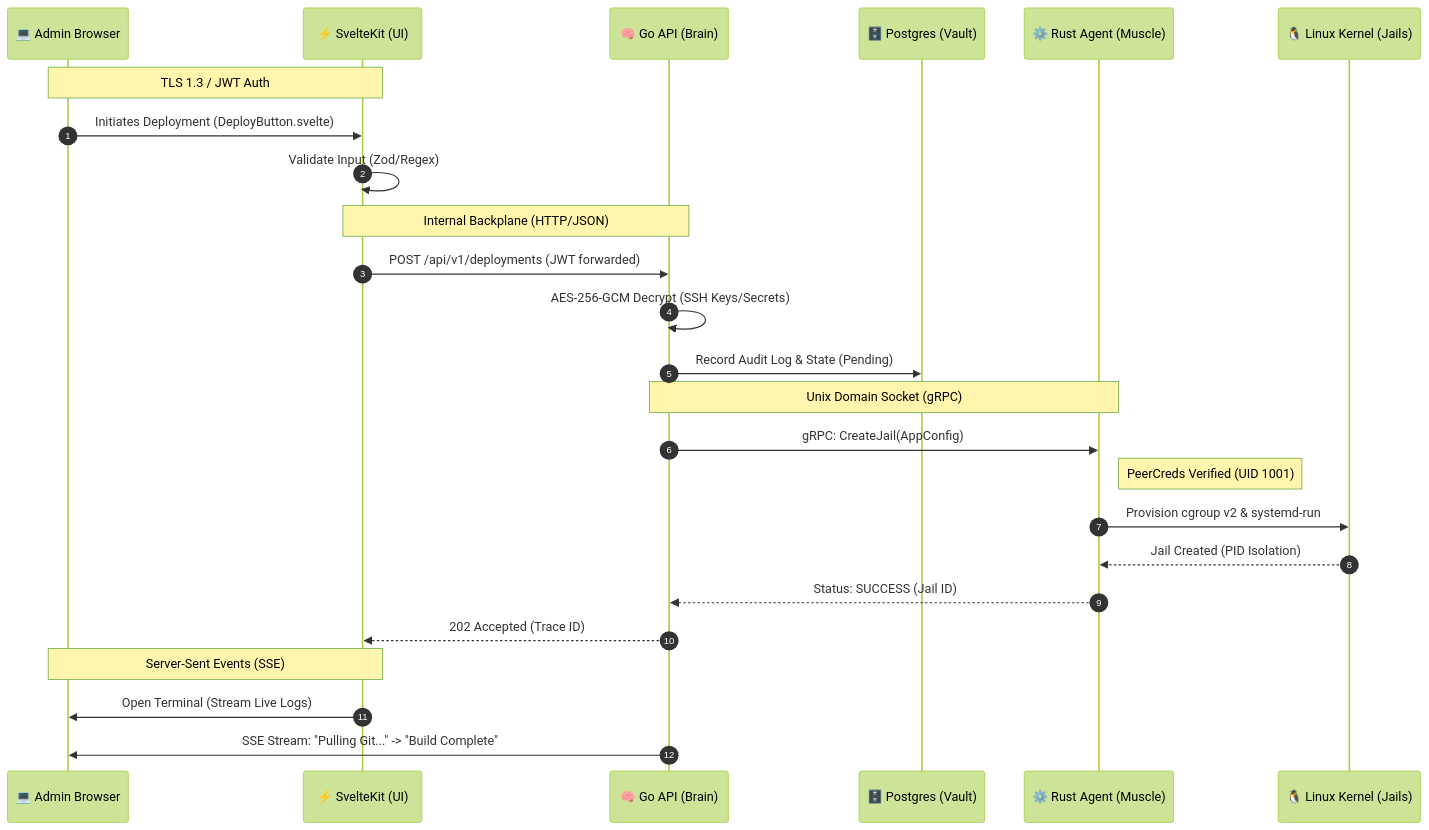
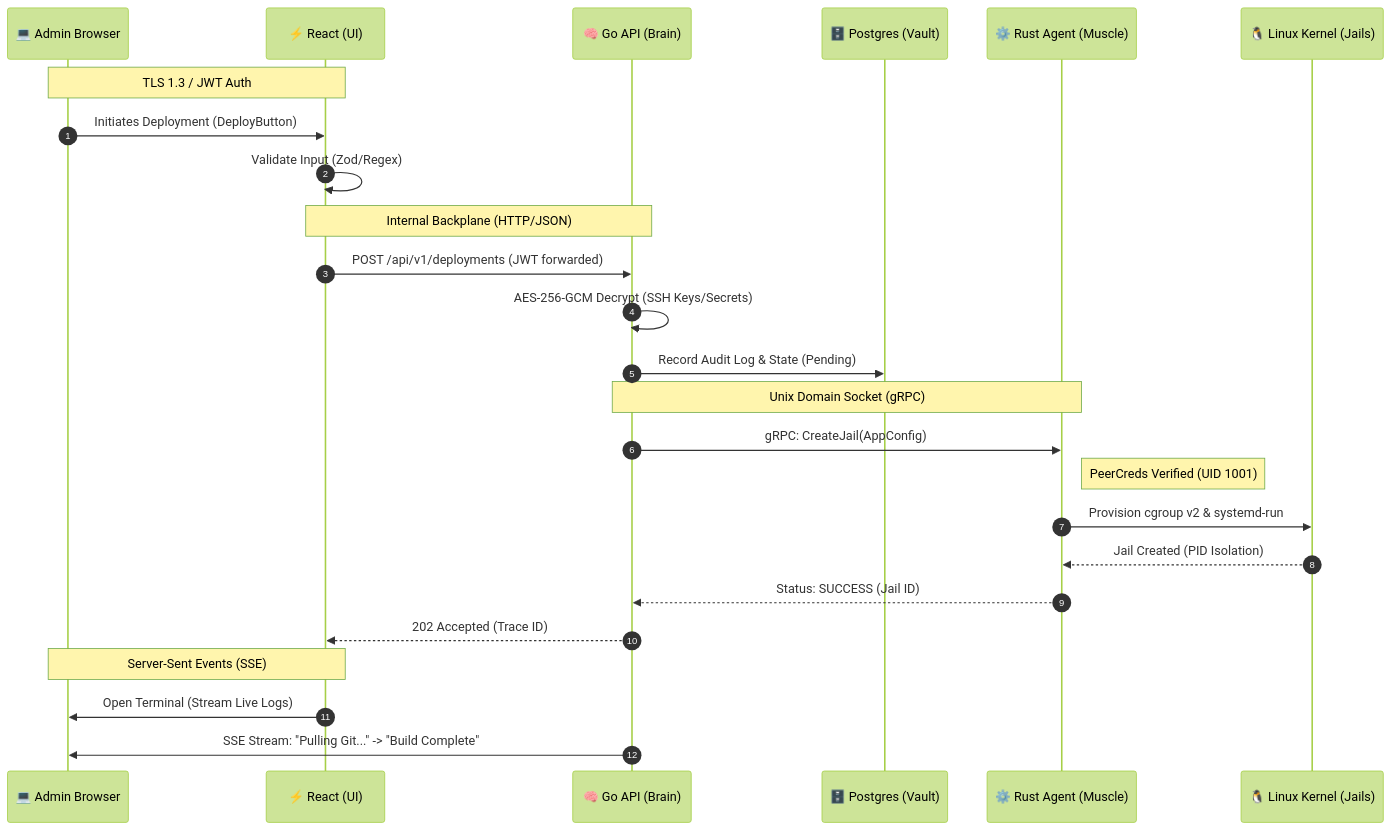
Before and after one commit to irgordon/kari: the diagram in DEVELOPMENT.md, drawn with Mermaid (forest theme). The commit also changed other lines of this file and 54 other files, not shown here.

````diff
--- a/DEVELOPMENT.md
+++ b/DEVELOPMENT.md
@@ -20,35 +20,35 @@
 ```mermaid
 sequenceDiagram
     autonumber
     participant Admin as 💻 Admin Browser
-    participant Svelte as ⚡ SvelteKit (UI)
+    participant Svelte as ⚡ React (UI)
     participant Brain as 🧠 Go API (Brain)
     participant DB as 🗄️ Postgres (Vault)
     participant Muscle as ⚙️ Rust Agent (Muscle)
     participant OS as 🐧 Linux Kernel (Jails)
 
     Note over Admin, Svelte: TLS 1.3 / JWT Auth
-    Admin->>Svelte: Initiates Deployment (DeployButton.svelte)
+    Admin->>Svelte: Initiates Deployment (DeployButton)
     Svelte->>Svelte: Validate Input (Zod/Regex)
     
     Note over Svelte, Brain: Internal Backplane (HTTP/JSON)
     Svelte->>Brain: POST /api/v1/deployments (JWT forwarded)
     
     Brain->>Brain: AES-256-GCM Decrypt (SSH Keys/Secrets)
     Brain->>DB: Record Audit Log & State (Pending)
     
     Note over Brain, Muscle: Unix Domain Socket (gRPC)
     Brain->>Muscle: gRPC: CreateJail(AppConfig)
     
     Note right of Muscle: PeerCreds Verified (UID 1001)
     Muscle->>OS: Provision cgroup v2 & systemd-run
     OS-->>Muscle: Jail Created (PID Isolation)
     
     Muscle-->>Brain: Status: SUCCESS (Jail ID)
     Brain-->>Svelte: 202 Accepted (Trace ID)
     
     Note over Svelte, Admin: Server-Sent Events (SSE)
     Svelte->>Admin: Open Terminal (Stream Live Logs)
     Brain->>Admin: SSE Stream: "Pulling Git..." -> "Build Complete"
 
 ```
````
